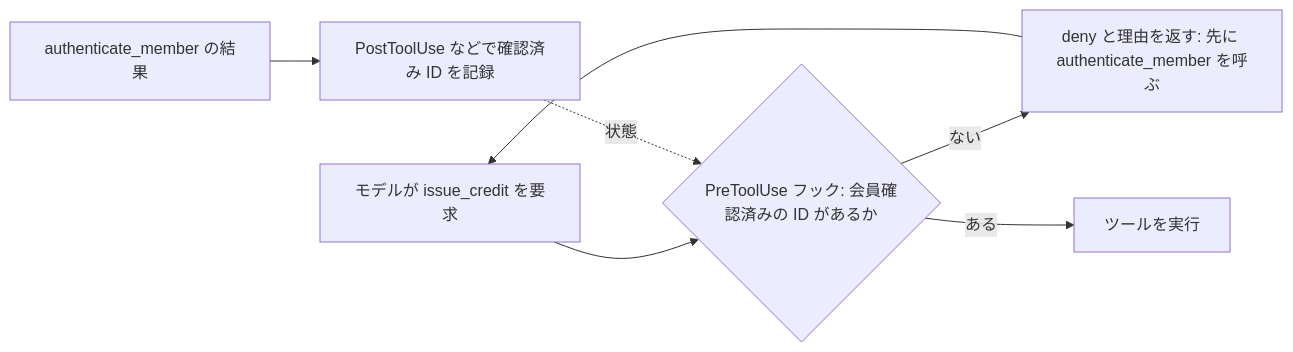
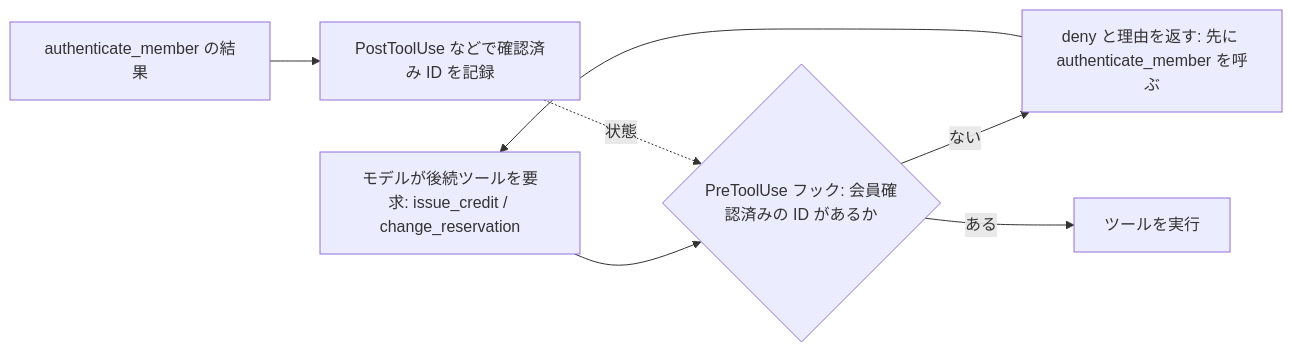
One commit to yuya-take/yuya-exam-notes changed the diagram in ccaf/notes/01-agentic-architecture/programmatic-workflow-enforcement.md. Above: the diagram before and after it, drawn with Mermaid. The commit also changed other lines of this file, not shown here.

````diff
--- a/ccaf/notes/01-agentic-architecture/programmatic-workflow-enforcement.md
+++ b/ccaf/notes/01-agentic-architecture/programmatic-workflow-enforcement.md
@@ -13,9 +13,9 @@
 ```mermaid
 flowchart LR
-  M[モデルが issue_credit を要求] --> H{PreToolUse フック: 会員確認済みの ID があるか}
+  M[モデルが後続ツールを要求: issue_credit / change_reservation] --> H{PreToolUse フック: 会員確認済みの ID があるか}
   H -- ない --> D[deny と理由を返す: 先に authenticate_member を呼ぶ]
   D --> M
   H -- ある --> X[ツールを実行]
   A[authenticate_member の結果] --> P[PostToolUse などで確認済み ID を記録]
   P -.状態.-> H
 ```
````
